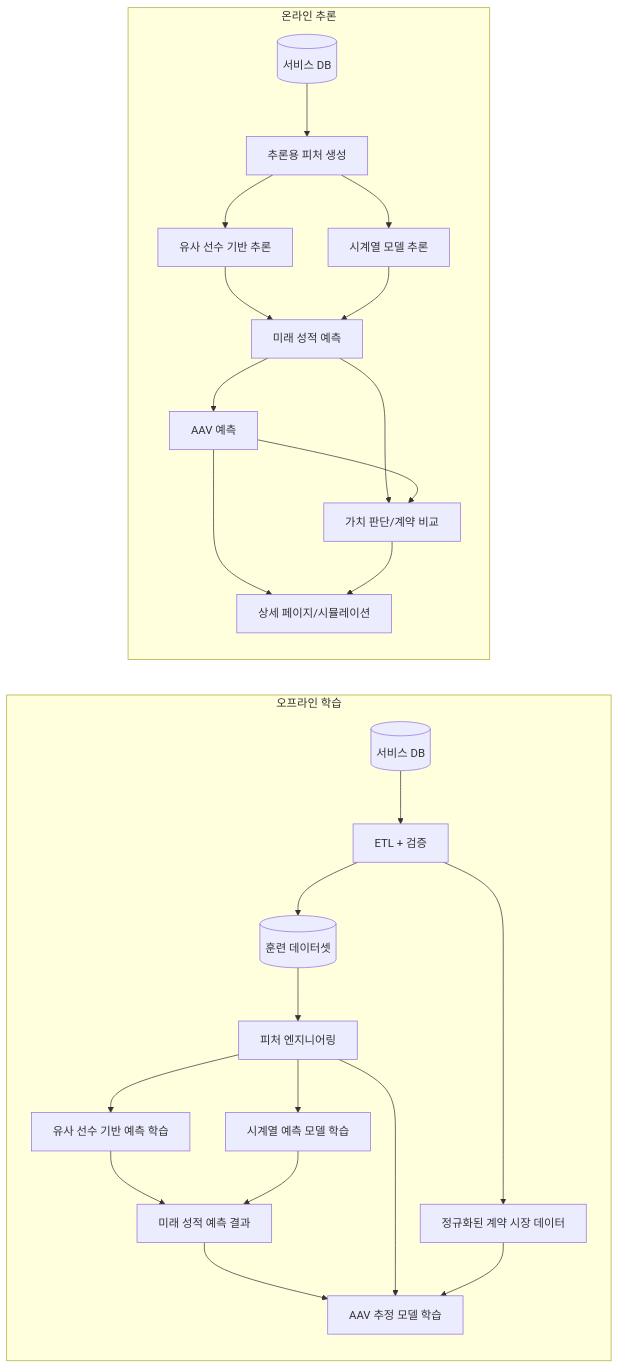
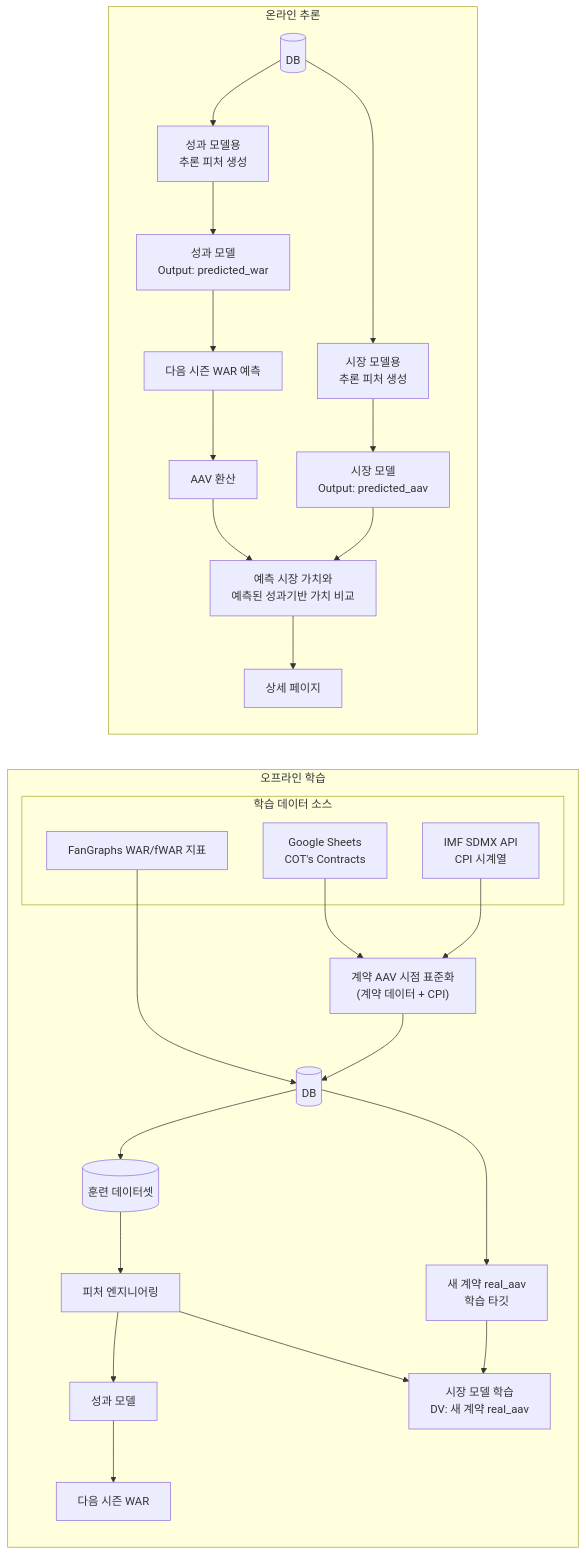
One commit to yechuk/backend changed the fourth of 5 diagrams in ARCHITECTURE_TOBE.md. Above: the diagram before and after it, drawn with Mermaid. The commit also changed other lines of this file and 3 other files, not shown here.

````diff
--- a/ARCHITECTURE_TOBE.md
+++ b/ARCHITECTURE_TOBE.md
@@ -206,29 +134,34 @@
 ```mermaid
 flowchart LR
     subgraph train [오프라인 학습]
-        DB[(서비스 DB)] --> ETL[ETL + 검증]
-        ETL --> TrainSet[(훈련 데이터셋)]
-        ETL --> Market[정규화된 계약 시장 데이터]
+        subgraph train_sources [학습 데이터 소스]
+            FGSrc[FanGraphs WAR/fWAR 지표]
+            ContractSrc["Google Sheets<br/>COT's Contracts"]
+            CPISrc["IMF SDMX API<br/>CPI 시계열"]
+        end
+        Standardize["계약 AAV 시점 표준화<br/>(계약 데이터 + CPI)"]
+        FGSrc --> DB
+        ContractSrc --> Standardize
+        CPISrc --> Standardize
+        Standardize --> DB
+        DB[(DB)] --> TrainSet[(훈련 데이터셋)]
+        DB --> AAVTarget["새 계약 real_aav<br/>학습 타깃"]
         TrainSet --> FE[피처 엔지니어링]
-        FE --> Similar[유사 선수 기반 예측 학습]
-        FE --> TS[시계열 예측 모델 학습]
-        FE --> AAVTrain[AAV 추정 모델 학습]
-        Similar --> ForecastTrain[미래 성적 예측 결과]
-        TS --> ForecastTrain
-        Market --> AAVTrain
-        ForecastTrain --> AAVTrain
+        FE --> PerfTrain[성과 모델]
+        FE --> MarketTrain["시장 모델 학습<br/>DV: 새 계약 real_aav"]
+        PerfTrain --> ValueLayer[다음 시즌 WAR]
+        AAVTarget --> MarketTrain
     end
 
     subgraph infer [온라인 추론]
-        OnlineDB[(서비스 DB)] --> RuntimeFE[추론용 피처 생성]
-        RuntimeFE --> SimilarInfer[유사 선수 기반 추론]
-        RuntimeFE --> TSInfer[시계열 모델 추론]
-        SimilarInfer --> Forecast[미래 성적 예측]
-        TSInfer --> Forecast
-        Forecast --> AAV[AAV 예측]
-        Forecast --> Value[가치 판단/계약 비교]
-        AAV --> Value
-        AAV --> UI[상세 페이지/시뮬레이션]
-        Value --> UI
+        OnlineDB[(DB)] --> PerfFE["성과 모델용<br/>추론 피처 생성"]
+        OnlineDB[(DB)] --> MarketFE["시장 모델용<br/>추론 피처 생성"]
+        PerfFE --> Performance["성과 모델<br/>Output: predicted_war"]
+        MarketFE --> MarketInfer["시장 모델<br/>Output: predicted_aav"]
+        Performance --> WarOut[다음 시즌 WAR 예측]
+        WarOut --> ValueConv[AAV 환산]
+        ValueConv --> Decision["예측 시장 가치와<br/>예측된 성과기반 가치 비교"]
+        MarketInfer --> Decision
+        Decision --> UI[상세 페이지]
     end
 ```
````
